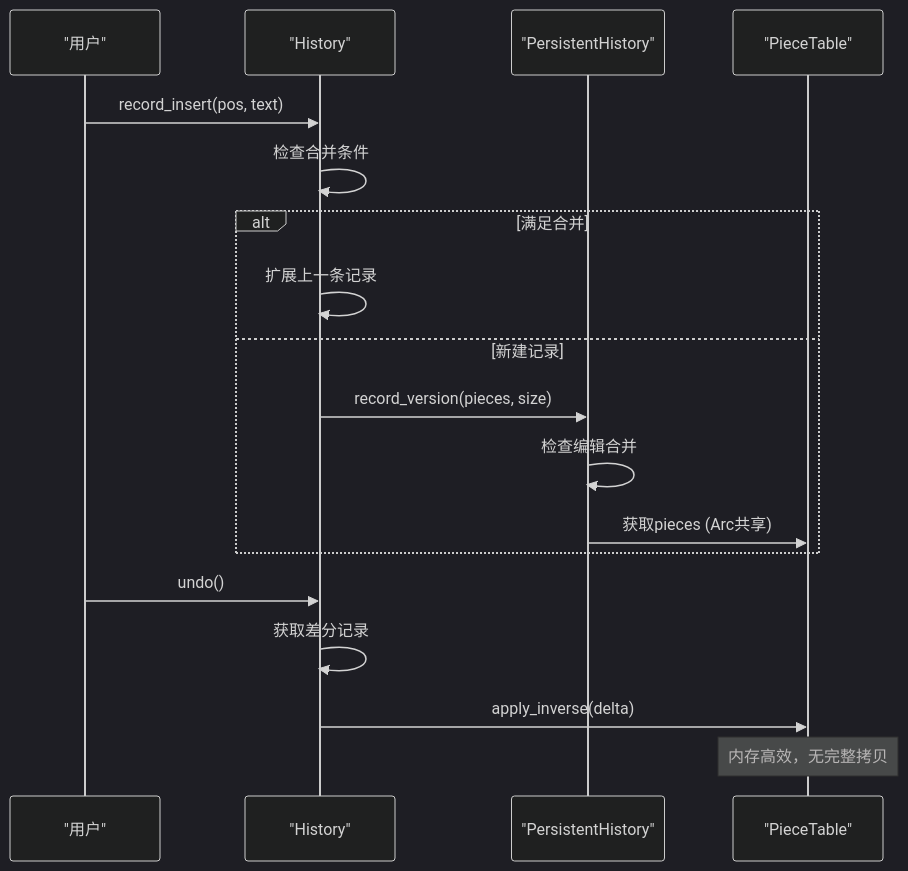
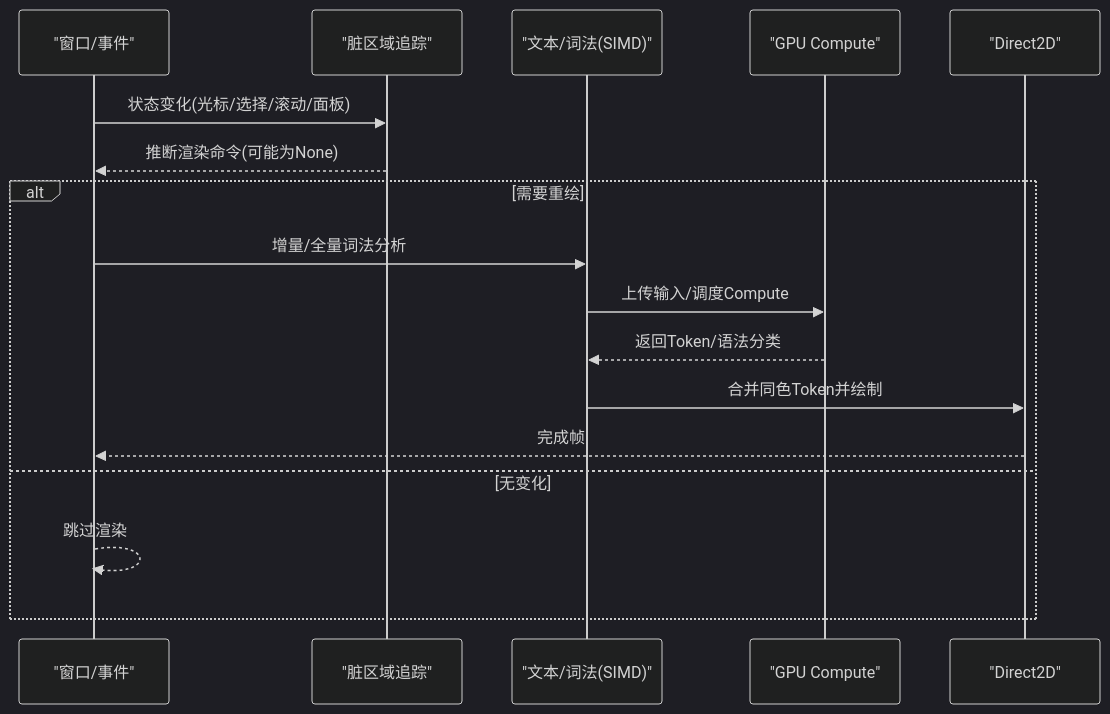
The second of 8 diagrams in .qoder/repowiki/zh/content/性能优化/性能优化.md (aetherstudio-cn/AetherStudio), drawn with Mermaid (dark theme) before and after one commit. The commit also changed other lines of this file and 396 other files, not shown here.

````diff
--- a/.qoder/repowiki/zh/content/性能优化/性能优化.md
+++ b/.qoder/repowiki/zh/content/性能优化/性能优化.md
@@ -298,20 +84,19 @@
 ```mermaid
 sequenceDiagram
-participant U as "用户"
-participant H as "History"
-participant PH as "PersistentHistory"
-participant PT as "PieceTable"
-U->>H : record_insert(pos, text)
-H->>H : 检查合并条件
-alt 满足合并
-H->>H : 扩展上一条记录
-else 新建记录
-H->>PH : record_version(pieces, size)
-PH->>PH : 检查编辑合并
-PH->>PT : 获取pieces (Arc共享)
+participant UI as "窗口/事件"
+participant Dirty as "脏区域追踪"
+participant Core as "文本/词法(SIMD)"
+participant GPU as "GPU Compute"
+participant D2D as "Direct2D"
+UI->>Dirty : 状态变化(光标/选择/滚动/面板)
+Dirty-->>UI : 推断渲染命令(可能为None)
+alt 需要重绘
+UI->>Core : 增量/全量词法分析
+Core->>GPU : 上传输入/调度Compute
+GPU-->>Core : 返回Token/语法分类
+Core->>D2D : 合并同色Token并绘制
+D2D-->>UI : 完成帧
+else 无变化
+UI-->>UI : 跳过渲染
 end
-U->>H : undo()
-H->>H : 获取差分记录
-H->>PT : apply_inverse(delta)
-Note over PT : 内存高效，无完整拷贝
 ```
````
